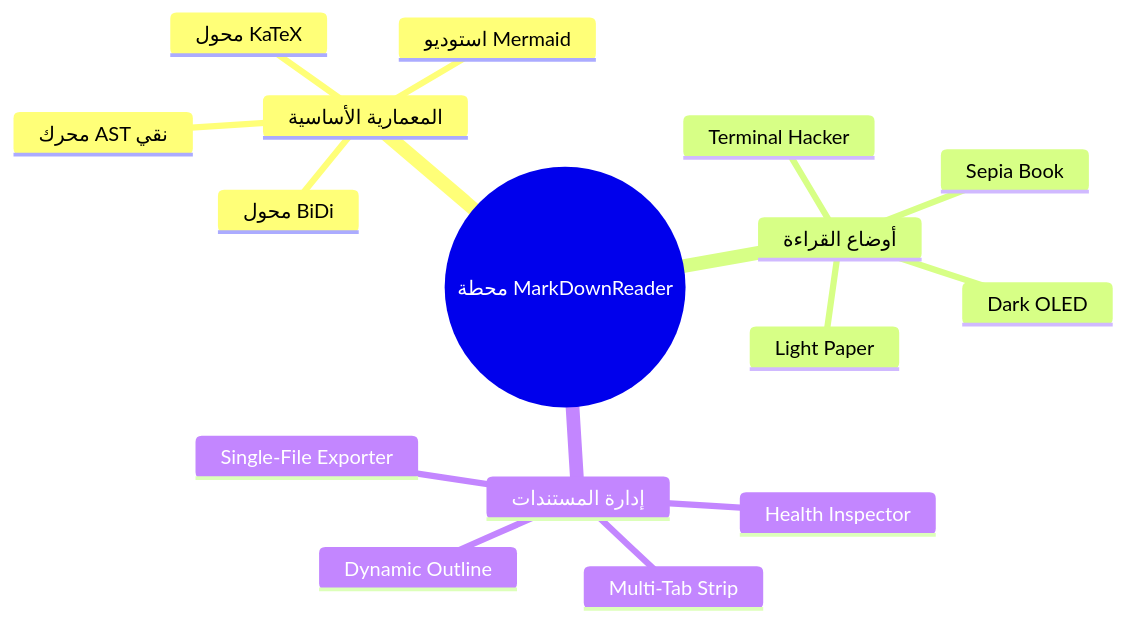
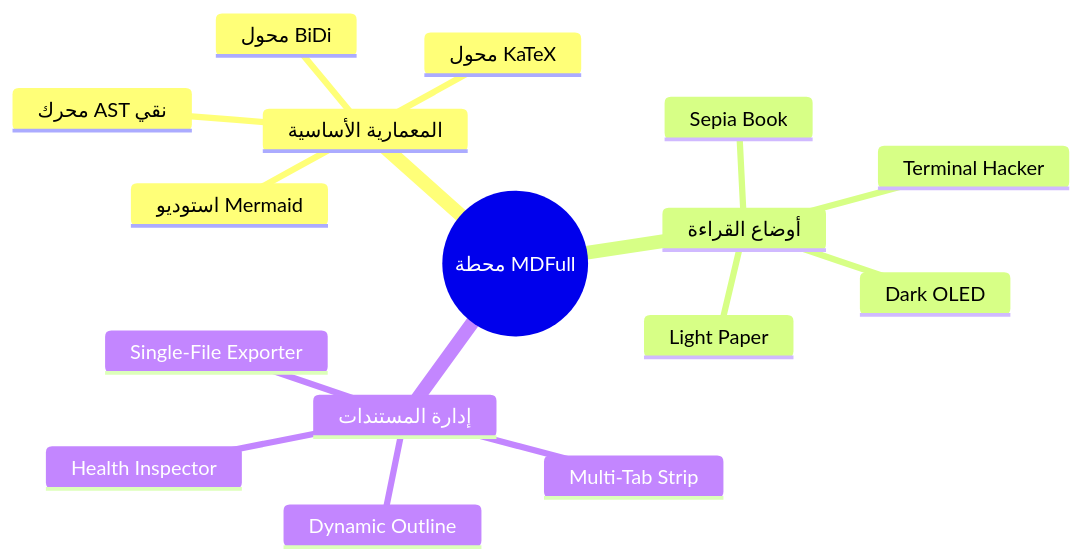
The fifth of 6 diagrams in docs/SHOWCASE_FEATURE_SUITE.md (wabdelgilil/markDownReader), drawn with Mermaid before and after one commit. The commit also changed other lines of this file and 13 other files, not shown here.

````diff
--- a/docs/SHOWCASE_FEATURE_SUITE.md
+++ b/docs/SHOWCASE_FEATURE_SUITE.md
@@ -248,19 +248,19 @@
 ```mermaid
 mindmap
-  root((محطة MarkDownReader))
+  root((محطة MDFull))
     المعمارية الأساسية
       محرك AST نقي
       محول BiDi
       محول KaTeX
       استوديو Mermaid
     أوضاع القراءة
       Dark OLED
       Light Paper
       Sepia Book
       Terminal Hacker
     إدارة المستندات
       Multi-Tab Strip
       Dynamic Outline
       Health Inspector
       Single-File Exporter
 ```
````
